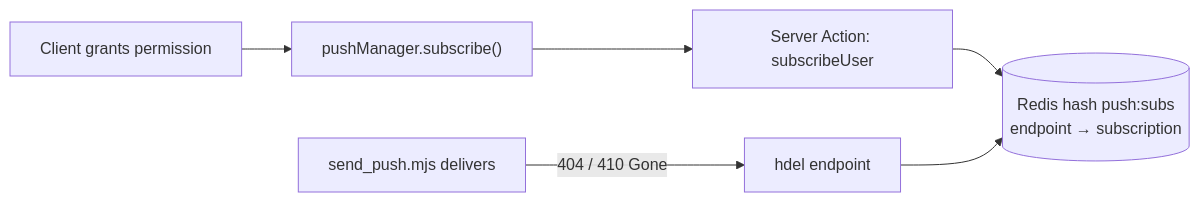
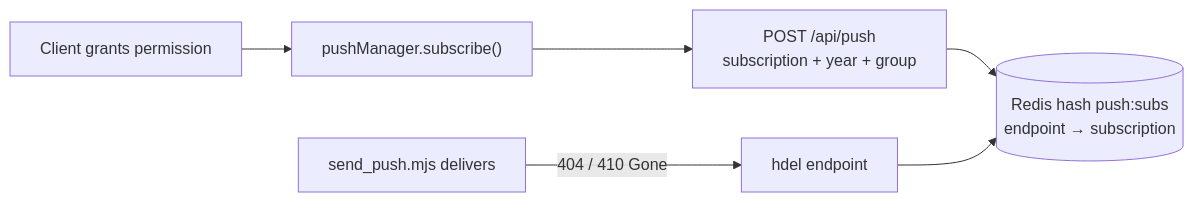
One commit to dukanx/fon-raspored changed the third of 3 diagrams in ARCHITECTURE.md. Above: the diagram before and after it, drawn with Mermaid. The commit also changed other lines of this file and 1 other file, not shown here.

Commit message:
docs: Cloudflare Pages, predlog termina i ciljane notifikacije u README i ARCHITECTURE

````diff
--- a/ARCHITECTURE.md
+++ b/ARCHITECTURE.md
@@ -134,8 +136,8 @@
 ```mermaid
 flowchart LR
   A["Client grants permission"] --> B["pushManager.subscribe()"]
-  B --> C["Server Action: subscribeUser"]
+  B --> C["POST /api/push<br/>subscription + year + group"]
   C --> D[("Redis hash push:subs<br/>endpoint → subscription")]
   E["send_push.mjs delivers"] -->|"404 / 410 Gone"| F["hdel endpoint"]
   F --> D
 ```
````
